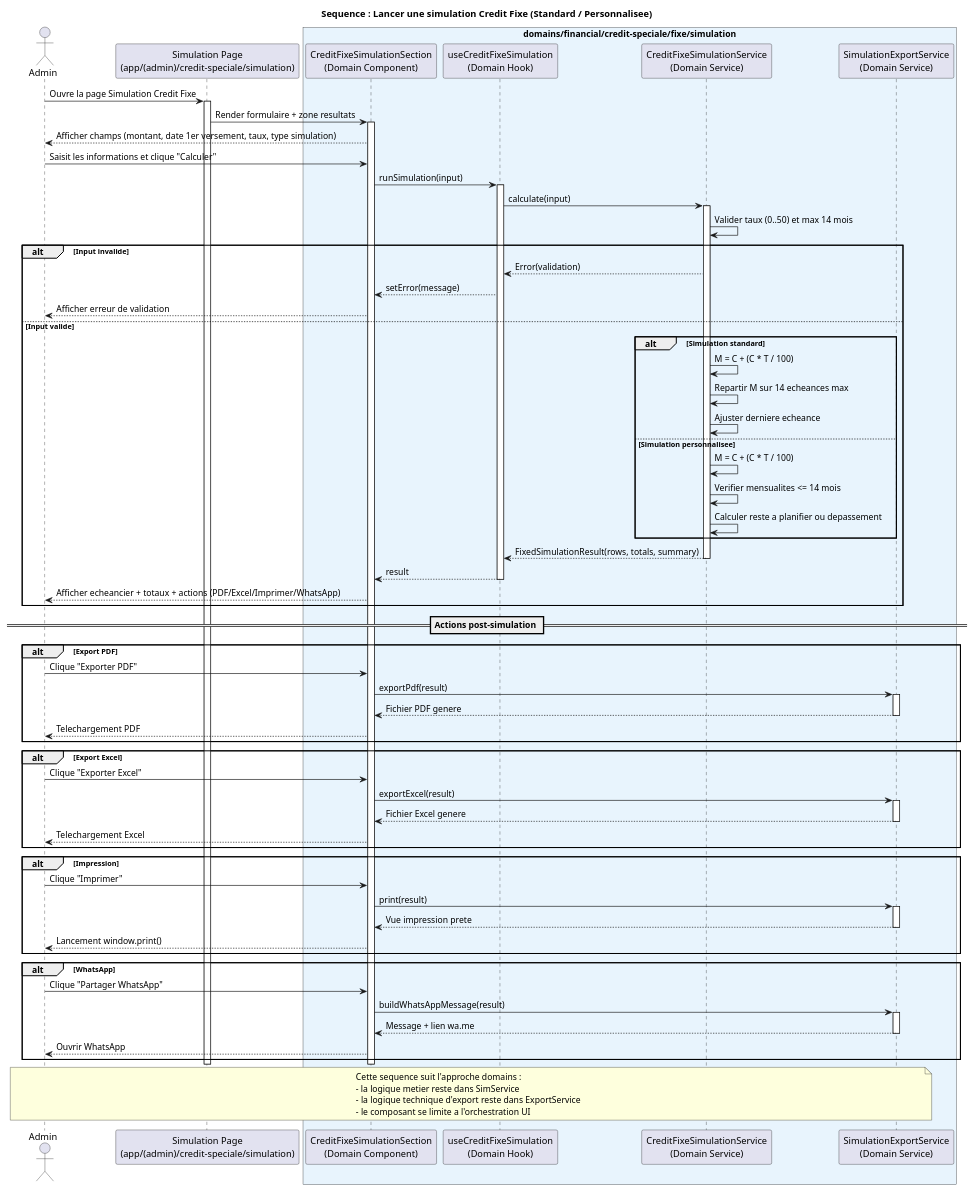
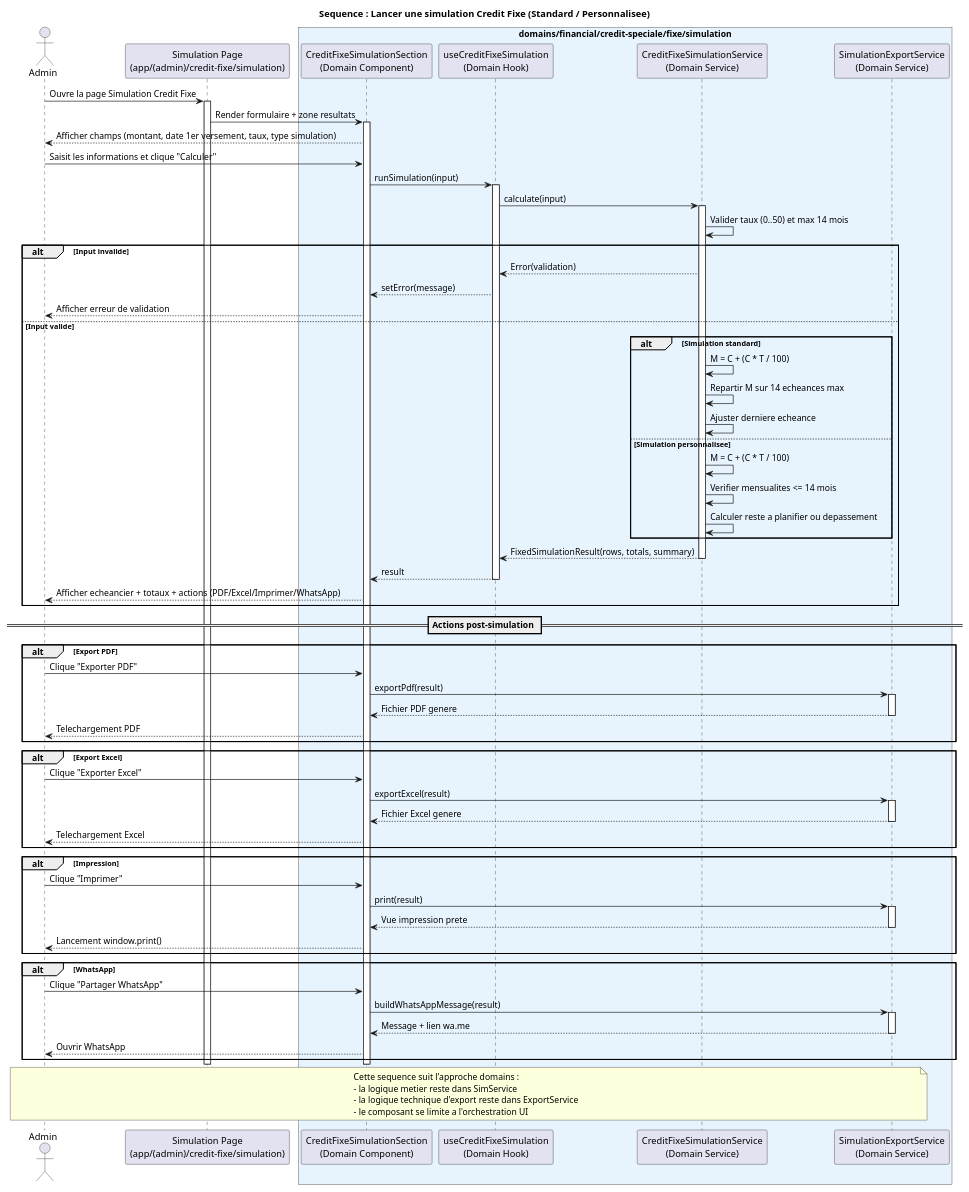
Before and after one commit to GlennEriss/kara-client-front: the diagram in documentation/credit-fixe/simulation/sequence/SEQ_LancerSimulationCreditFixe.puml, drawn with PlantUML. The commit also changed 50 other files, not shown here.

First line of the commit message:
feat(credit-fixe): implement comprehensive documentation for Credit Fixe demand management

```diff
--- a/documentation/credit-fixe/simulation/sequence/SEQ_LancerSimulationCreditFixe.puml
+++ b/documentation/credit-fixe/simulation/sequence/SEQ_LancerSimulationCreditFixe.puml
@@ -1,102 +1,102 @@
 @startuml SEQ_LancerSimulationCreditFixe
 title Sequence : Lancer une simulation Credit Fixe (Standard / Personnalisee)
 ' Reference activite : simulation/activite/SimulationCreditFixe.puml
 ' Architecture cible : Page -> Domain Component -> Domain Hook -> Domain Service -> Export Service
 
 actor "Admin" as Admin
-participant "Simulation Page\n(app/(admin)/credit-speciale/simulation)" as Page
+participant "Simulation Page\n(app/(admin)/credit-fixe/simulation)" as Page
 
 box "domains/financial/credit-speciale/fixe/simulation" #E8F4FD
   participant "CreditFixeSimulationSection\n(Domain Component)" as Component
   participant "useCreditFixeSimulation\n(Domain Hook)" as Hook
   participant "CreditFixeSimulationService\n(Domain Service)" as SimService
   participant "SimulationExportService\n(Domain Service)" as ExportService
 end box
 
 Admin -> Page: Ouvre la page Simulation Credit Fixe
 activate Page
 
 Page -> Component: Render formulaire + zone resultats
 activate Component
 
 Component --> Admin: Afficher champs (montant, date 1er versement, taux, type simulation)
 Admin -> Component: Saisit les informations et clique "Calculer"
 
 Component -> Hook: runSimulation(input)
 activate Hook
 
 Hook -> SimService: calculate(input)
 activate SimService
 SimService -> SimService: Valider taux (0..50) et max 14 mois
 
 alt Input invalide
   SimService --> Hook: Error(validation)
   Hook --> Component: setError(message)
   Component --> Admin: Afficher erreur de validation
 else Input valide
   alt Simulation standard
     SimService -> SimService: M = C + (C * T / 100)
     SimService -> SimService: Repartir M sur 14 echeances max
     SimService -> SimService: Ajuster derniere echeance
   else Simulation personnalisee
     SimService -> SimService: M = C + (C * T / 100)
     SimService -> SimService: Verifier mensualites <= 14 mois
     SimService -> SimService: Calculer reste a planifier ou depassement
   end
 
   SimService --> Hook: FixedSimulationResult(rows, totals, summary)
   deactivate SimService
   Hook --> Component: result
   deactivate Hook
   Component --> Admin: Afficher echeancier + totaux + actions (PDF/Excel/Imprimer/WhatsApp)
 end
 
 == Actions post-simulation ==
 
 alt Export PDF
   Admin -> Component: Clique "Exporter PDF"
   Component -> ExportService: exportPdf(result)
   activate ExportService
   ExportService --> Component: Fichier PDF genere
   deactivate ExportService
   Component --> Admin: Telechargement PDF
 end
 
 alt Export Excel
   Admin -> Component: Clique "Exporter Excel"
   Component -> ExportService: exportExcel(result)
   activate ExportService
   ExportService --> Component: Fichier Excel genere
   deactivate ExportService
   Component --> Admin: Telechargement Excel
 end
 
 alt Impression
   Admin -> Component: Clique "Imprimer"
   Component -> ExportService: print(result)
   activate ExportService
   ExportService --> Component: Vue impression prete
   deactivate ExportService
   Component --> Admin: Lancement window.print()
 end
 
 alt WhatsApp
   Admin -> Component: Clique "Partager WhatsApp"
   Component -> ExportService: buildWhatsAppMessage(result)
   activate ExportService
   ExportService --> Component: Message + lien wa.me
   deactivate ExportService
   Component --> Admin: Ouvrir WhatsApp
 end
 
 deactivate Component
 deactivate Page
 
 note over Admin, ExportService
   Cette sequence suit l'approche domains :
   - la logique metier reste dans SimService
   - la logique technique d'export reste dans ExportService
   - le composant se limite a l'orchestration UI
 end note
 
 @enduml
```
